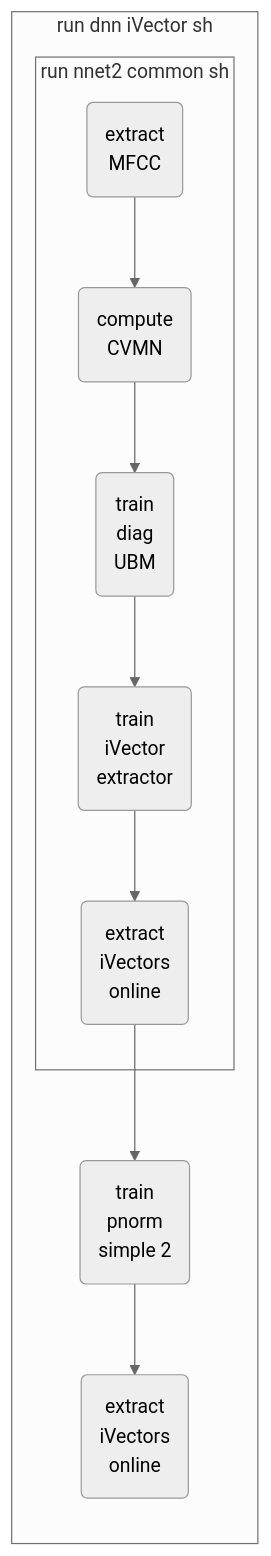
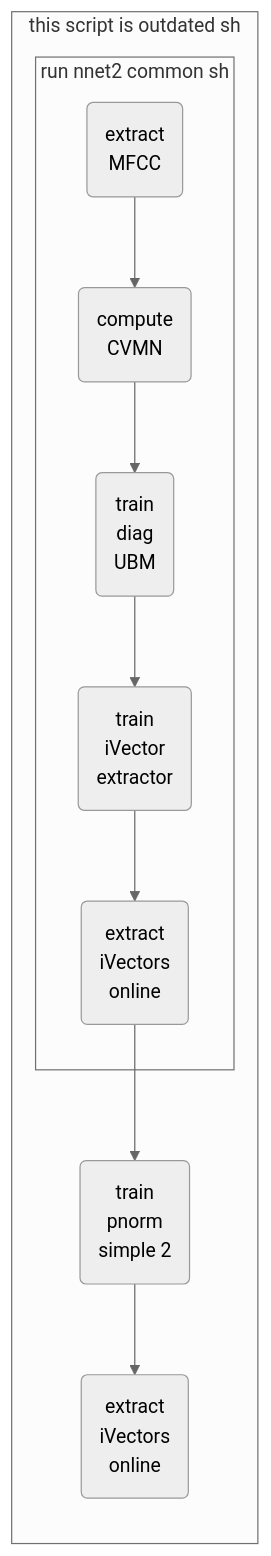
Before and after one commit to falabrasil/kaldi-br: the second of 2 diagrams in README.md, drawn with Mermaid (neutral theme). The commit also changed other lines of this file and 34 other files, not shown here.

````diff
--- a/README.md
+++ b/README.md
@@ -113,20 +94,20 @@
 ```mermaid
 graph LR;
     A --> B
     B --> C
     C --> D
     D --> E
     E --> F
     F --> G
-    subgraph "run dnn iVector sh"
+    subgraph "this script is outdated sh"
         subgraph "run nnet2 common sh"
             A("extract<br>MFCC")
             B("compute<br>CVMN")
             C("train<br>diag<br>UBM")
             D("train<br>iVector<br>extractor")
             E("extract<br>iVectors<br>online")
         end
         F("train<br>pnorm<br>simple 2")
         G("extract<br>iVectors<br>online")
     end
 ```
````
